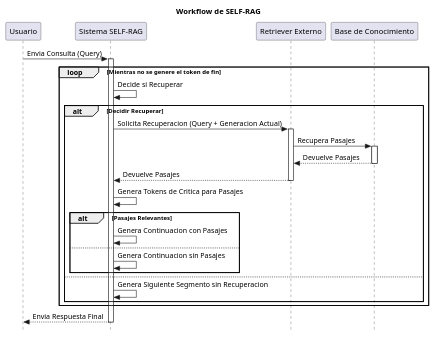
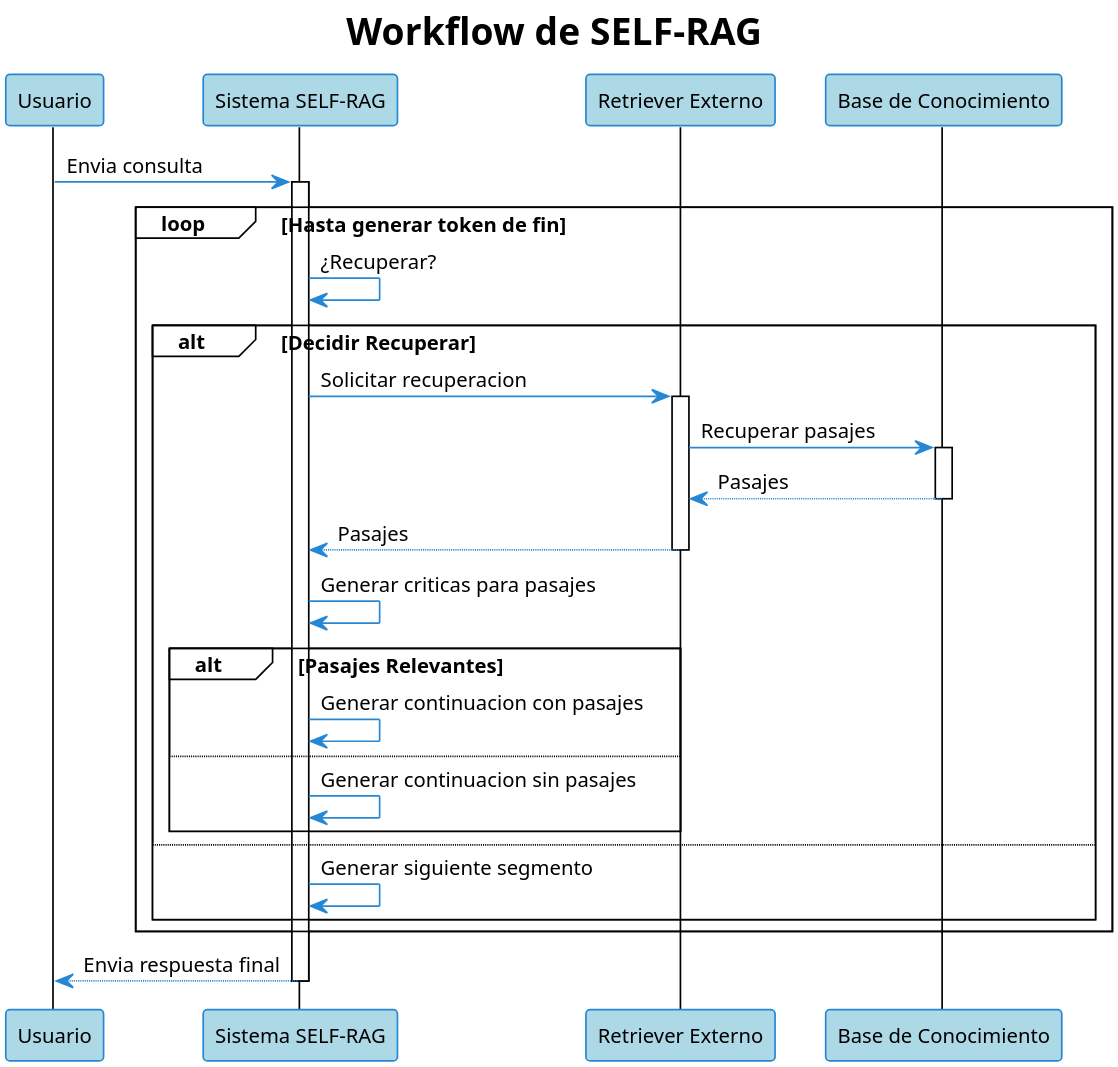
The diagram in diagrams/self_rag.puml (carloss4dv/langagent), drawn with PlantUML before and after one commit. The commit also changed 44 other files, not shown here.

```diff
--- a/diagrams/self_rag.puml
+++ b/diagrams/self_rag.puml
@@ -1,39 +1,58 @@
-@startuml
-skinparam style strictuml
+@startuml "Workflow de SELF-RAG"
+' Mejora la legibilidad y la calidad de la imagen para documentos.
+!theme plain
+skinparam {
+    dpi 300
+    shadowing false
+    backgroundColor transparent
+    defaultFontName "Arial"
+    defaultFontSize 12
+
+    sequence {
+        participantBorderColor #2688d4
+        participantBackgroundColor #add8e6
+        actorBorderColor #2688d4
+        actorBackgroundColor #ffdead
+    }
+
+    arrow {
+        color #2688d4
+    }
+}
 
 title Workflow de SELF-RAG
 
 participant "Usuario" as User
 participant "Sistema SELF-RAG" as SELFRAGSystem
 participant "Retriever Externo" as ExternalRetriever
 participant "Base de Conocimiento" as KnowledgeBase
 
-User -> SELFRAGSystem: Envia Consulta (Query)
+User -> SELFRAGSystem: Envia consulta
 activate SELFRAGSystem
 
-loop Mientras no se genere el token de fin
-    SELFRAGSystem -> SELFRAGSystem: Decide si Recuperar
+loop Hasta generar token de fin
+    SELFRAGSystem -> SELFRAGSystem: ¿Recuperar?
     alt Decidir Recuperar
-        SELFRAGSystem -> ExternalRetriever: Solicita Recuperacion (Query + Generacion Actual)
+        SELFRAGSystem -> ExternalRetriever: Solicitar recuperacion
         activate ExternalRetriever
-        ExternalRetriever -> KnowledgeBase: Recupera Pasajes
+        ExternalRetriever -> KnowledgeBase: Recuperar pasajes
         activate KnowledgeBase
-        KnowledgeBase --> ExternalRetriever: Devuelve Pasajes
+        KnowledgeBase --> ExternalRetriever: Pasajes
         deactivate KnowledgeBase
-        ExternalRetriever --> SELFRAGSystem: Devuelve Pasajes
+        ExternalRetriever --> SELFRAGSystem: Pasajes
         deactivate ExternalRetriever
-        SELFRAGSystem -> SELFRAGSystem: Genera Tokens de Critica para Pasajes
+        SELFRAGSystem -> SELFRAGSystem: Generar criticas para pasajes
         alt Pasajes Relevantes
-            SELFRAGSystem -> SELFRAGSystem: Genera Continuacion con Pasajes
+            SELFRAGSystem -> SELFRAGSystem: Generar continuacion con pasajes
         else
-            SELFRAGSystem -> SELFRAGSystem: Genera Continuacion sin Pasajes
+            SELFRAGSystem -> SELFRAGSystem: Generar continuacion sin pasajes
         end
     else
-        SELFRAGSystem -> SELFRAGSystem: Genera Siguiente Segmento sin Recuperacion
+        SELFRAGSystem -> SELFRAGSystem: Generar siguiente segmento
     end
 end
 
-SELFRAGSystem --> User: Envia Respuesta Final
+SELFRAGSystem --> User: Envia respuesta final
 deactivate SELFRAGSystem
 
 @enduml
```
